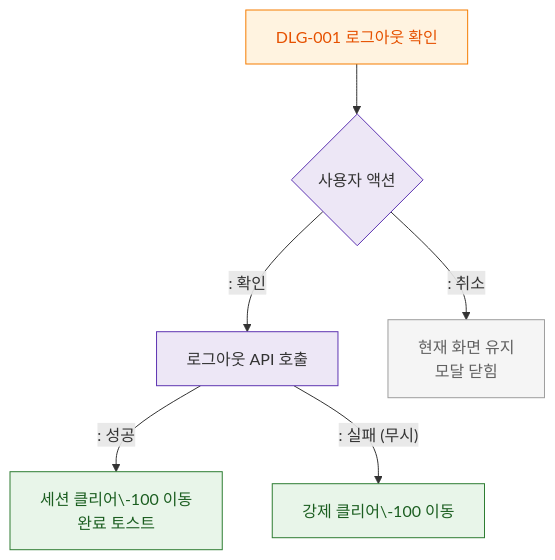
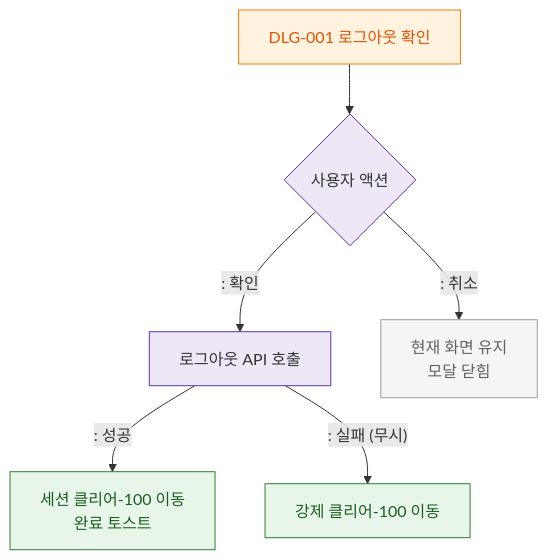
The diagram in docs/admin/다이어그램/D01_공통/DLG/DLG-001_로그아웃확인/M3_결과분기.md (dev-spogym/admin-pando), drawn with Mermaid before and after one commit. The commit also changed 369 other files, not shown here.

````diff
--- a/docs/admin/다이어그램/D01_공통/DLG/DLG-001_로그아웃확인/M3_결과분기.md
+++ b/docs/admin/다이어그램/D01_공통/DLG/DLG-001_로그아웃확인/M3_결과분기.md
@@ -17,20 +17,20 @@
 ```mermaid
 flowchart TD
     DLG_001[DLG-001 로그아웃 확인] --> ACTION{사용자 액션}
 
     ACTION -->|": 확인"|LOGOUT_API[로그아웃 API 호출]
     ACTION -->|": 취소"|RESULT_CANCEL[현재 화면 유지\n모달 닫힘]
 
-    LOGOUT_API -->|": 성공"|RESULT_OK[세션 클리어\-100 이동\n완료 토스트]
-    LOGOUT_API -->|": 실패 (무시)"|RESULT_FORCE[강제 클리어\-100 이동]
+    LOGOUT_API -->|": 성공"|RESULT_OK[세션 클리어-100 이동\n완료 토스트]
+    LOGOUT_API -->|": 실패 (무시)"|RESULT_FORCE[강제 클리어-100 이동]
 
     classDef screen fill:#E3F2FD,stroke:#1976D2,color:#0D47A1
     classDef modal fill:#FFF3E0,stroke:#F57C00,color:#E65100
     classDef system fill:#EDE7F6,stroke:#5E35B2
     classDef success fill:#E8F5E9,stroke:#2E7D32,color:#1B5E20
     classDef rbacBlocked fill:#F5F5F5,stroke:#9E9E9E,color:#616161
     class DLG_001 modal
     class ACTION,LOGOUT_API system
     class RESULT_OK,RESULT_FORCE success
     class RESULT_CANCEL rbacBlocked
 ```
````
